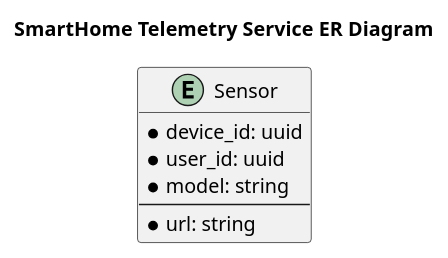
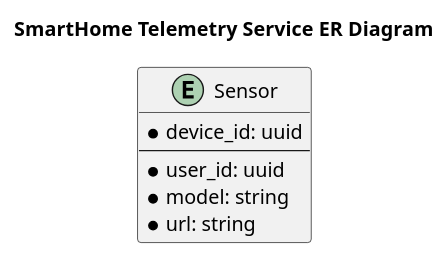
One commit to yuoknow/architecture-sprint-3 changed the diagram in diagrams/Microservices_Telemetry_ER.puml. Above: the diagram before and after it, drawn with PlantUML. The commit also changed other lines of this file and 68 other files, not shown here.

```diff
--- a/diagrams/Microservices_Telemetry_ER.puml
+++ b/diagrams/Microservices_Telemetry_ER.puml
@@ -1,13 +1,13 @@
 @startuml
 title SmartHome Telemetry Service ER Diagram
 
 top to bottom direction
 
 entity Sensor {
     * device_id: uuid
+    --
     * user_id: uuid
     * model: string
-    --
     * url: string
 }
 @enduml
```
